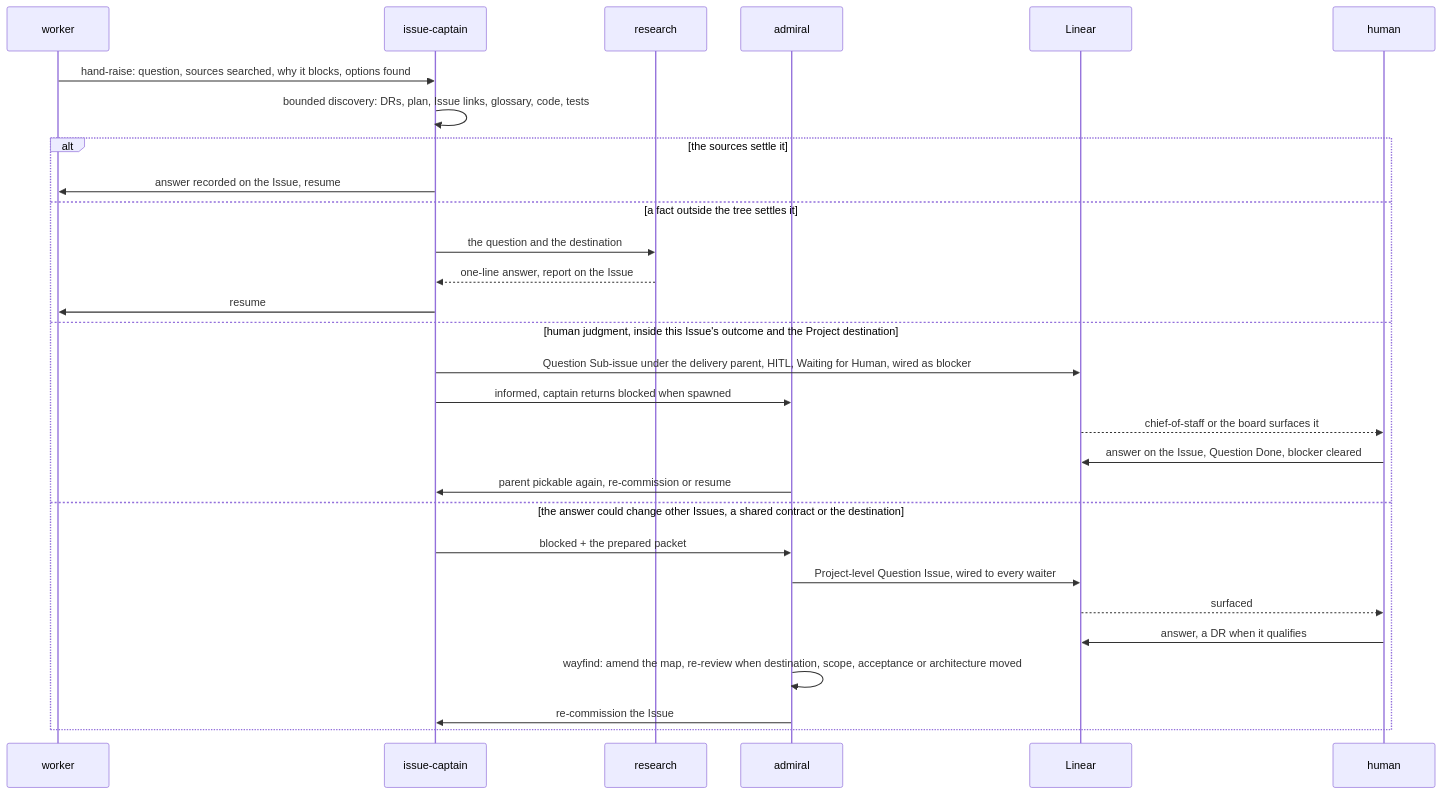
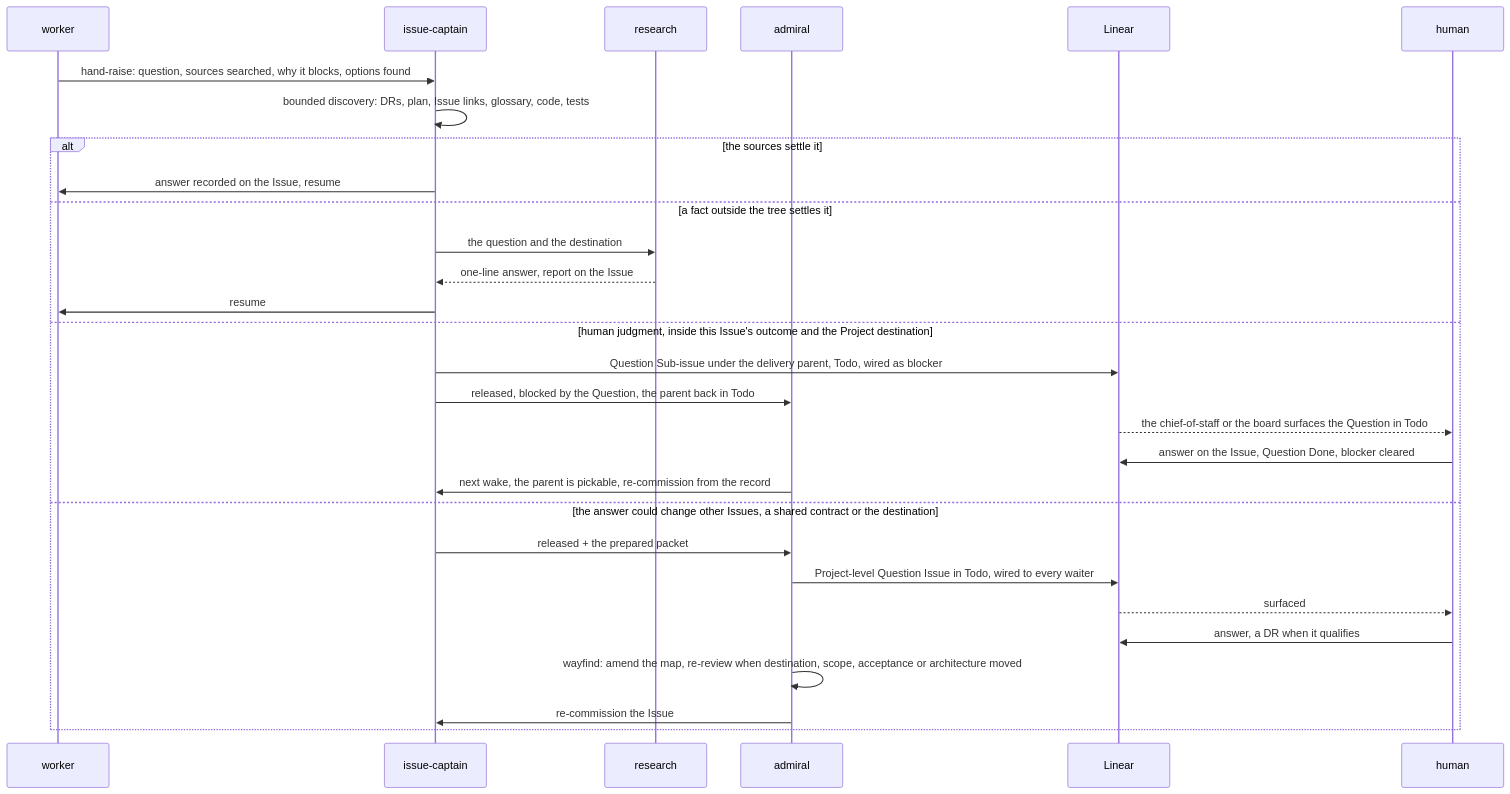
One commit to bodnarbalazs/dydo changed the fifth of 12 diagrams in dydo/understand/control-flow.md. Above: the diagram before and after it, drawn with Mermaid. The commit also changed other lines of this file and 9 other files, not shown here.

First line of the commit message:
docs: DR 047 supersymmetry, hop statuses, Merge Issues, the release protocol; standard and control-flow map rewritten to it

````diff
--- a/dydo/understand/control-flow.md
+++ b/dydo/understand/control-flow.md
@@ -212,31 +384,31 @@
 ```mermaid
 sequenceDiagram
   participant W as worker
   participant C as issue-captain
   participant R as research
   participant A as admiral
   participant B as Linear
   participant H as human
   W->>C: hand-raise: question, sources searched, why it blocks, options found
   C->>C: bounded discovery: DRs, plan, Issue links, glossary, code, tests
   alt the sources settle it
     C->>W: answer recorded on the Issue, resume
   else a fact outside the tree settles it
     C->>R: the question and the destination
     R-->>C: one-line answer, report on the Issue
     C->>W: resume
   else human judgment, inside this Issue's outcome and the Project destination
-    C->>B: Question Sub-issue under the delivery parent, HITL, Waiting for Human, wired as blocker
-    C->>A: informed, captain returns blocked when spawned
-    B-->>H: chief-of-staff or the board surfaces it
+    C->>B: Question Sub-issue under the delivery parent, Todo, wired as blocker
+    C->>A: released, blocked by the Question, the parent back in Todo
+    B-->>H: the chief-of-staff or the board surfaces the Question in Todo
     H->>B: answer on the Issue, Question Done, blocker cleared
-    A->>C: parent pickable again, re-commission or resume
+    A->>C: next wake, the parent is pickable, re-commission from the record
   else the answer could change other Issues, a shared contract or the destination
-    C->>A: blocked + the prepared packet
-    A->>B: Project-level Question Issue, wired to every waiter
+    C->>A: released + the prepared packet
+    A->>B: Project-level Question Issue in Todo, wired to every waiter
     B-->>H: surfaced
     H->>B: answer, a DR when it qualifies
     A->>A: wayfind: amend the map, re-review when destination, scope, acceptance or architecture moved
     A->>C: re-commission the Issue
   end
 ```
````
